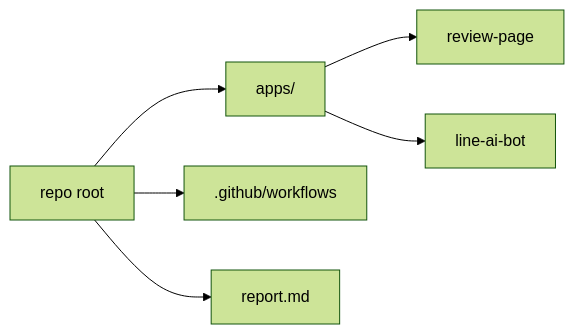
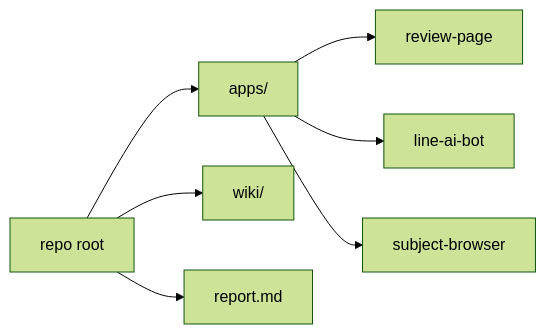
The diagram in wiki/04-リポジトリ構造.md (lego0509/campus-ai), drawn with Mermaid (forest theme) before and after one commit. The commit also changed other lines of this file and 36 other files, not shown here.

````diff
--- a/wiki/04-リポジトリ構造.md
+++ b/wiki/04-リポジトリ構造.md
@@ -16,9 +19,9 @@
 ```mermaid
 flowchart LR
-  Root[repo root]
-  Root --> Apps[apps/]
+  Root[repo root] --> Apps[apps/]
+  Root --> Docs[wiki/]
+  Root --> Report[report.md]
   Apps --> Review[review-page]
   Apps --> Line[line-ai-bot]
-  Root --> Workflows[.github/workflows]
-  Root --> Report[report.md]
+  Apps --> Browser[subject-browser]
 ```
````
